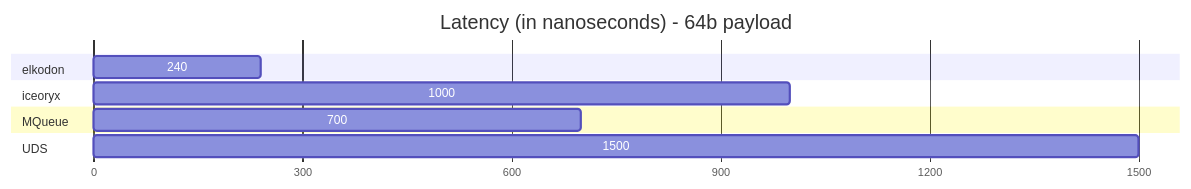
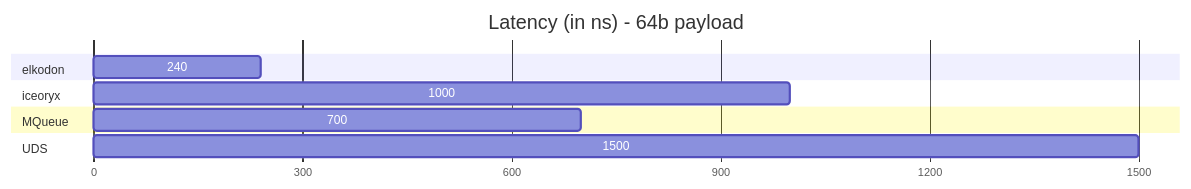
Before and after one commit to larry-robotics/elkodon: the first of 2 diagrams in README.md, drawn with Mermaid. The commit also changed other lines of this file and 5 other files, not shown here.

````diff
--- a/README.md
+++ b/README.md
@@ -30,15 +28,15 @@
 ```mermaid
 gantt
-    title Latency (in nanoseconds) - 64b payload
+    title Latency (in ns) - 64b payload
     dateFormat X
     axisFormat %s
 
     section elkodon
     240 : 0, 240
     section iceoryx
     1000 : 0, 1000
     section MQueue
     700 : 0, 700
     section UDS
     1500 : 0, 1500
 ```
````
